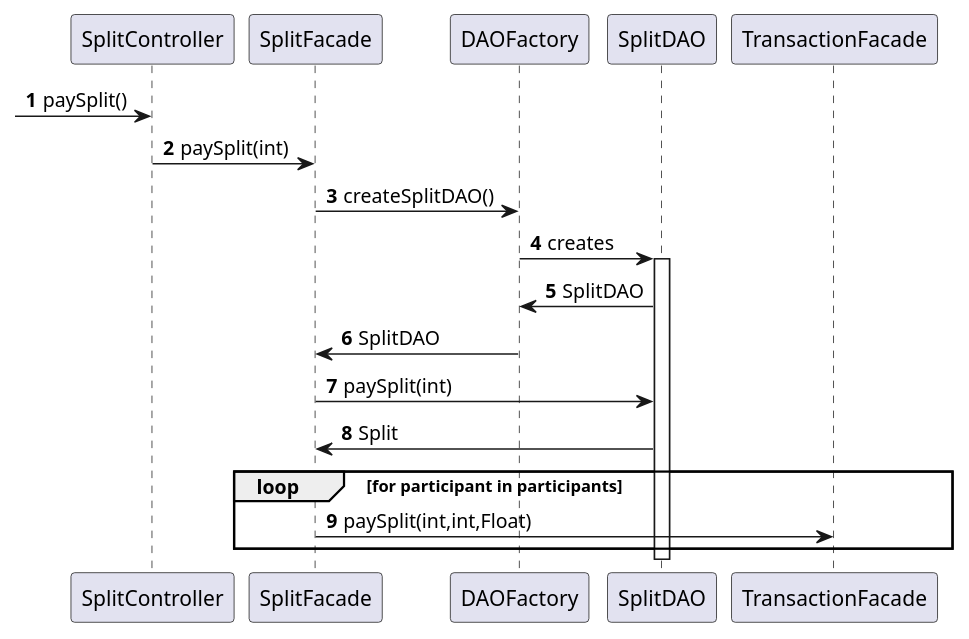
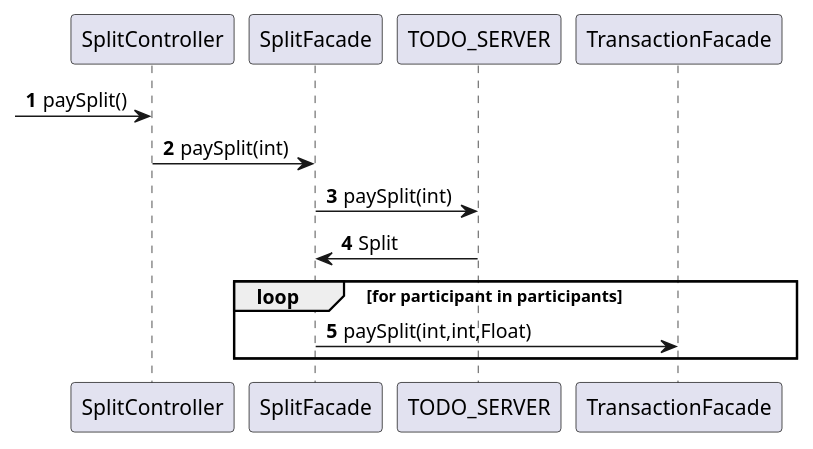
Before and after one commit to Julien-Wiegandt/SplitPay: the diagram in documentation/software_design/make_payment/pay_split_sequence_diagram.puml, drawn with PlantUML. The commit also changed 2 other files, not shown here.

Commit message:
Highlighted missing part #TODO

```diff
--- a/documentation/software_design/make_payment/pay_split_sequence_diagram.puml
+++ b/documentation/software_design/make_payment/pay_split_sequence_diagram.puml
@@ -1,30 +1,18 @@
 @startuml
 
 autonumber
 
 [-> SplitController : paySplit()
 
 SplitController -> SplitFacade: paySplit(int)
 
-SplitFacade -> DAOFactory: createSplitDAO()
-DAOFactory -> SplitDAO : creates
-
-activate SplitDAO
-
-SplitDAO -> DAOFactory : SplitDAO
-DAOFactory -> SplitFacade : SplitDAO
-SplitFacade -> SplitDAO : paySplit(int)
-SplitDAO -> SplitFacade  : Split
+SplitFacade -> TODO_SERVER : paySplit(int)
+TODO_SERVER -> SplitFacade  : Split
 
 loop for participant in participants
 
 SplitFacade -> TransactionFacade : paySplit(int,int,Float)
 
 end
 
-
-
-deactivate SplitDAO
-
-
 @enduml
```
